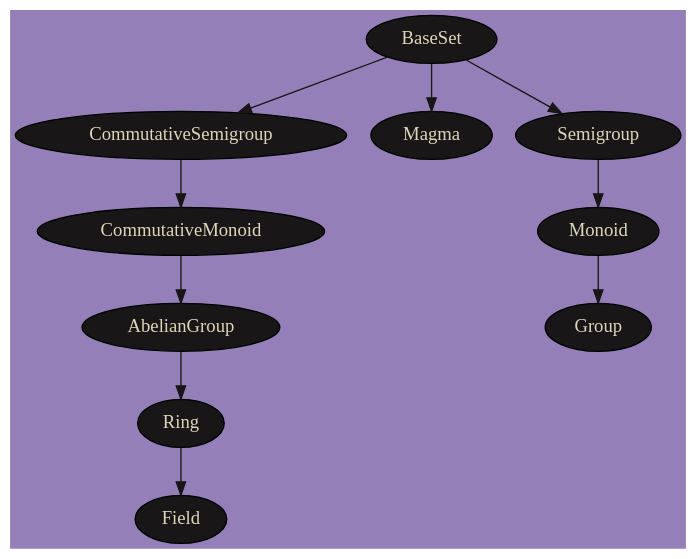
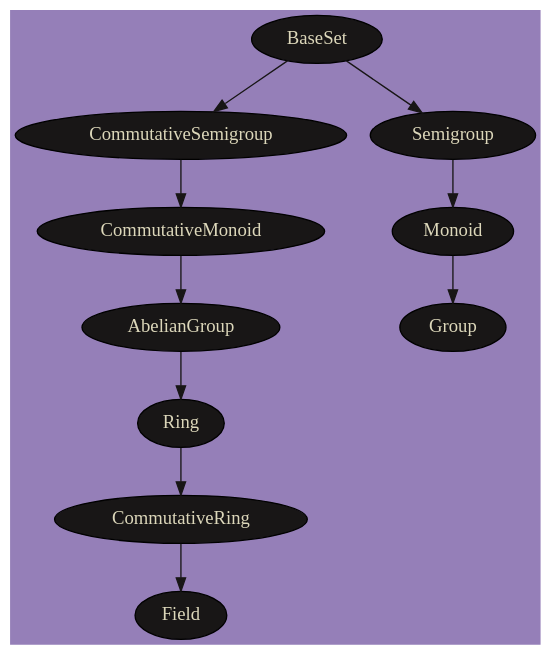
Before and after one commit to grscheller/boring-math: the diagram in docs/abstract-algebra/development/source/usage.rst, drawn with Graphviz. The commit also changed other lines of this file and 48 other files, not shown here.

```diff
--- a/docs/abstract-algebra/development/source/usage.rst
+++ b/docs/abstract-algebra/development/source/usage.rst
@@ -30,16 +35,16 @@
 .. graphviz::
 
     digraph Modules {
         bgcolor="#957fb8";
         node [style=filled, fillcolor="#181616", fontcolor="#dcd7ba"];
         edge [color="#181616", fontcolor="#dcd7ba"];
         CommutativeMonoid -> AbelianGroup;
         CommutativeSemigroup -> CommutativeMonoid;
         BaseSet -> CommutativeSemigroup;
-        Ring -> Field;
+        Ring -> CommutativeRing;
+        CommutativeRing -> Field;
         Monoid -> Group;
-        BaseSet -> Magma;
         Semigroup -> Monoid;
         AbelianGroup -> Ring;
         BaseSet -> Semigroup;
     }
```
